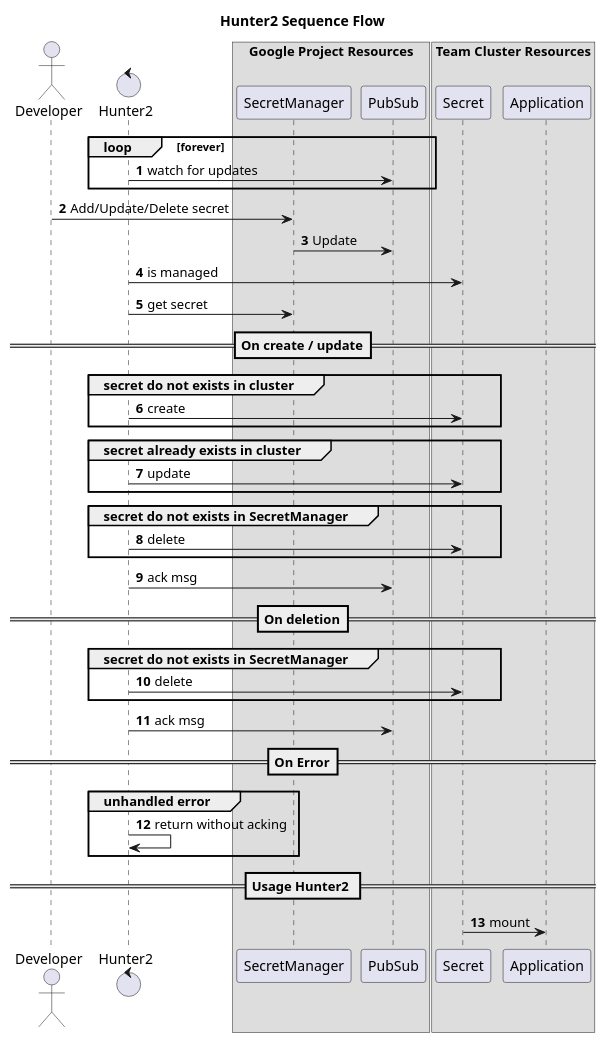
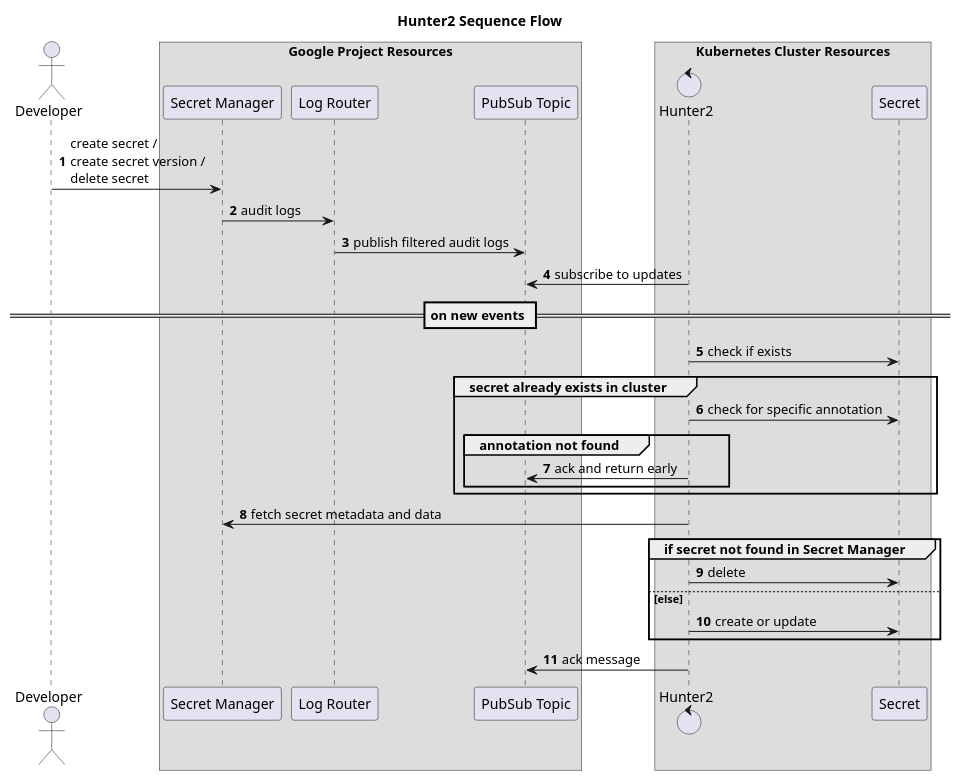
The diagram in docs/sequence.puml (nais/hunter2), drawn with PlantUML before and after one commit. The commit also changed 3 other files, not shown here.

Commit message:
docs: update sequence diagram and flesh out readme

```diff
--- a/docs/sequence.puml
+++ b/docs/sequence.puml
@@ -1,61 +1,44 @@
 @startuml component
 title Hunter2 Sequence Flow
 skinparam maxMessageSize 300
 autonumber
 
 actor developer as "Developer"
-control hunter as "Hunter2"
 
 box "Google Project Resources"
-participant SecretManager
-participant PubSub
+participant SecretManager as "Secret Manager"
+participant LogRouter as "Log Router"
+participant PubSub as "PubSub Topic"
 end box
 
-box "Team Cluster Resources"
+box "Kubernetes Cluster Resources"
+control hunter as "Hunter2"
 participant Secret
-participant Application
 end box
 
-loop forever
-	hunter -> PubSub: watch for updates
+developer -> SecretManager: create secret / \ncreate secret version / \ndelete secret
+SecretManager -> LogRouter: audit logs
+LogRouter -> PubSub: publish filtered audit logs
+hunter -> PubSub: subscribe to updates
+
+== on new events ==
+
+hunter -> Secret: check if exists
+group secret already exists in cluster
+  hunter -> Secret: check for specific annotation
+  group annotation not found
+    hunter -> PubSub: ack and return early
+  end
 end
 
-developer -> SecretManager: Add/Update/Delete secret
-SecretManager -> PubSub: Update
-hunter -> Secret: is managed
-hunter -> SecretManager: get secret
+hunter -> SecretManager: fetch secret metadata and data
 
-==On create / update==
-
-group secret do not exists in cluster
-    hunter -> Secret: create
+group if secret not found in Secret Manager
+  hunter -> Secret: delete
+else else
+  hunter -> Secret: create or update
 end
 
-group secret already exists in cluster
-    hunter -> Secret: update
-end
-
-group secret do not exists in SecretManager
-    hunter -> Secret: delete
-end
-
-hunter -> PubSub: ack msg
-
-==On deletion==
-
-group secret do not exists in SecretManager
-      hunter -> Secret: delete
-end
-
-hunter -> PubSub: ack msg
-
-==On Error==
-group unhandled error
-    hunter -> hunter: return without acking
-end
-
-== Usage Hunter2 ==
-
-Secret -> Application: mount
+hunter -> PubSub: ack message
 
 @enduml
```
